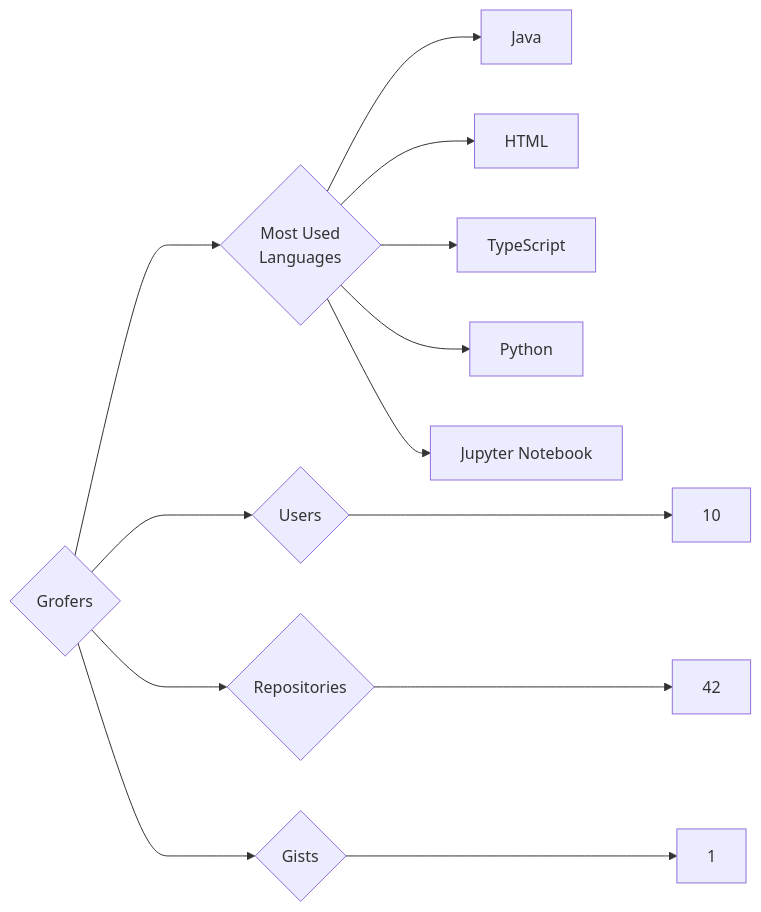
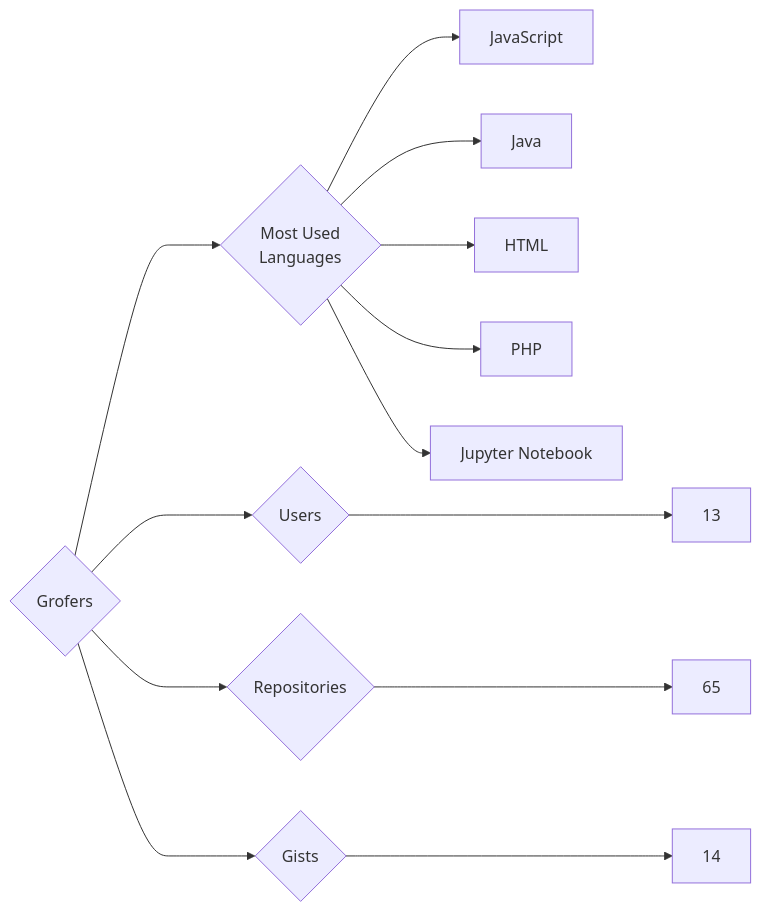
The diagram in targets/Grofers/README.md (trickest/insiders), drawn with Mermaid before and after one commit. The commit also changed 859 other files, not shown here.

````diff
--- a/targets/Grofers/README.md
+++ b/targets/Grofers/README.md
@@ -3,13 +3,13 @@
 ```mermaid
 graph LR
 COMPANY_NAME{Grofers}
-COMPANY_NAME ---> U{Users} ---> UN[10]
-COMPANY_NAME ---> R{Repositories} ---> RN[42]
-COMPANY_NAME ---> G{Gists} ---> GN[1]
+COMPANY_NAME ---> U{Users} ---> UN[13]
+COMPANY_NAME ---> R{Repositories} ---> RN[65]
+COMPANY_NAME ---> G{Gists} ---> GN[14]
 COMPANY_NAME ---> ML{Most Used<br>Languages}
+ML --> JavaScript[JavaScript]
 ML --> Java[Java]
 ML --> HTML[HTML]
-ML --> TypeScript[TypeScript]
-ML --> Python[Python]
+ML --> PHP[PHP]
 ML --> Jupyter_Notebook[Jupyter Notebook]
 ```
````
